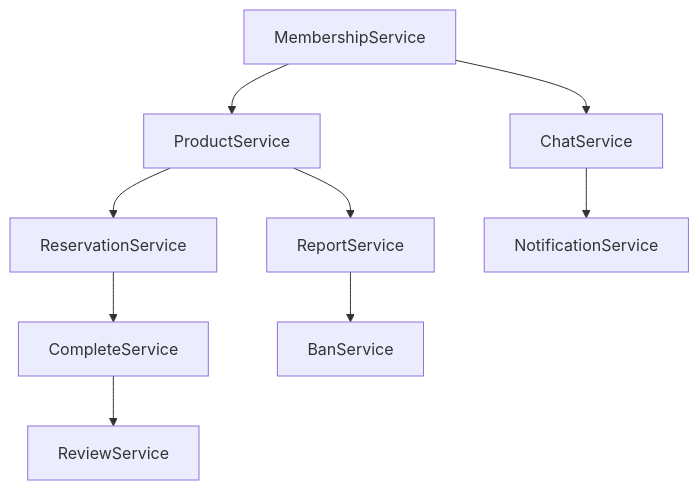
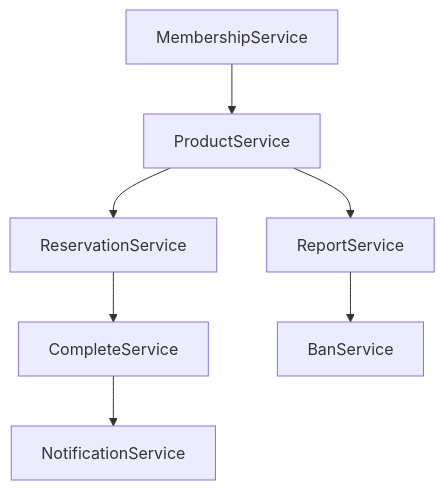
The third of 3 diagrams in docs/domain.md (oyushik/rookiejangter-web-market), drawn with Mermaid before and after one commit. The commit also changed other lines of this file and 1 other file, not shown here.

````diff
--- a/docs/domain.md
+++ b/docs/domain.md
@@ -818,11 +690,10 @@
 ```mermaid
 graph TD
     A[MembershipService] --> B[ProductService]
-    A --> C[ChatService]
     B --> D[ReservationService]
     D --> E[CompleteService]
-    E --> F[ReviewService]
-    C --> G[NotificationService]
     B --> H[ReportService]
     H --> I[BanService]
+    E --> G[NotificationService]
+
 ```
````
